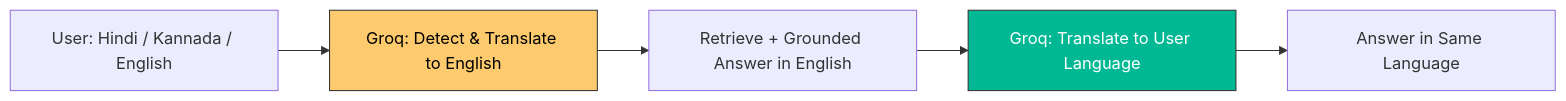
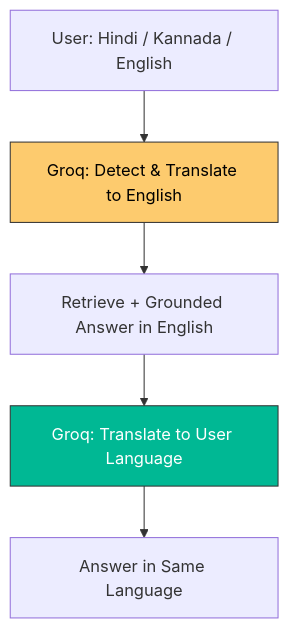
Before and after one commit to Kamal-Nayan-Kumar/campus_saathi: the third of 3 diagrams in README.md, drawn with Mermaid. The commit also changed other lines of this file, not shown here.

Commit message:
fix: switch mermaid to TD layout so GitHub toolbar does not cover nodes

````diff
--- a/README.md
+++ b/README.md
@@ -81,10 +79,10 @@
 ```mermaid
-flowchart LR
+flowchart TD
     U[User: Hindi / Kannada / English] --> T1[Groq: Detect & Translate to English]
     T1 --> R[Retrieve + Grounded Answer in English]
     R --> T2[Groq: Translate to User Language]
     T2 --> A[Answer in Same Language]
 
     style T1 fill:#FDCB6E,stroke:#333,color:#000
     style T2 fill:#00B894,stroke:#333,color:#fff
 ```
````
